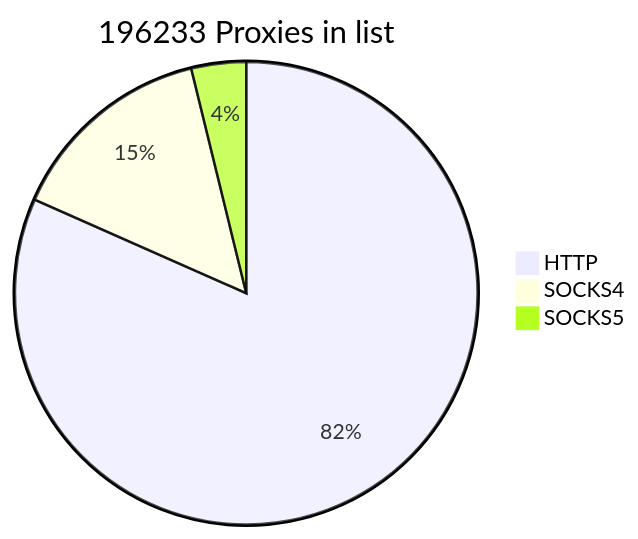
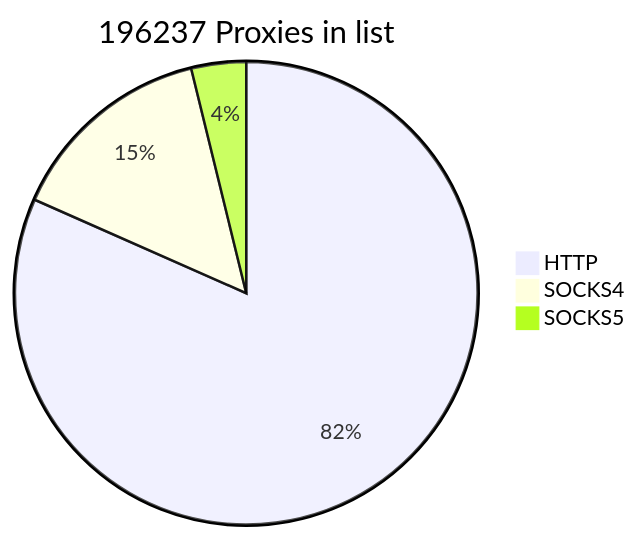
One commit to cutipu/proxylist changed the first of 2 diagrams in README.md. Above: the diagram before and after it, drawn with Mermaid. The commit also changed other lines of this file, not shown here.

````diff
--- a/README.md
+++ b/README.md
@@ -2,7 +2,7 @@
 ```mermaid
-pie title 196233 Proxies in list
-    "HTTP" : 160177
-    "SOCKS4" : 28553
-    "SOCKS5" : 7503
+pie title 196237 Proxies in list
+    "HTTP" : 160179
+    "SOCKS4" : 28551
+    "SOCKS5" : 7507
             
 ```
````
